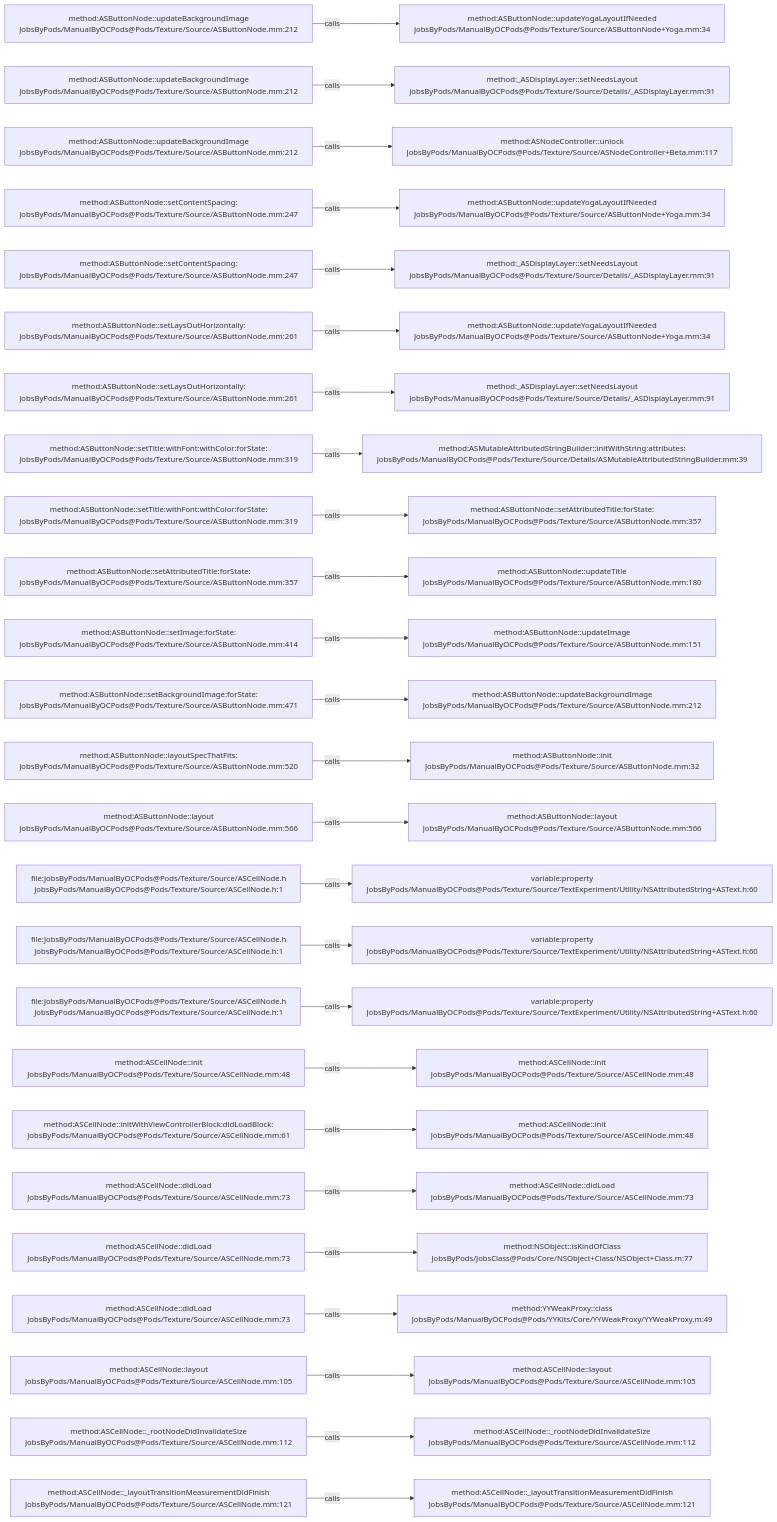
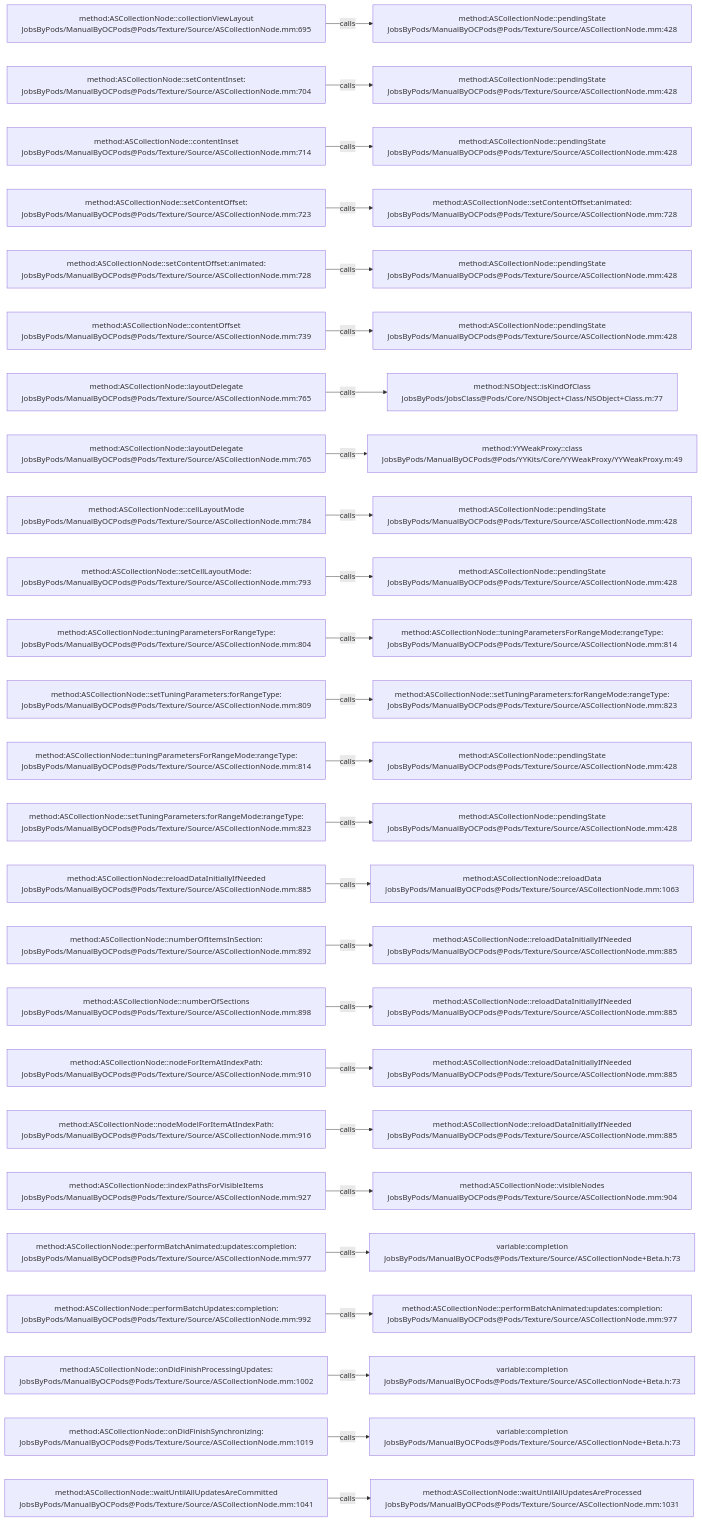
The diagram in .codegraph/codegraph.md/graphs/calls-080.md (JobsKits/JobsOCBaseConfigDemo), drawn with Mermaid before and after one commit. The commit also changed 1223 other files, not shown here.

````diff
--- a/.codegraph/codegraph.md/graphs/calls-080.md
+++ b/.codegraph/codegraph.md/graphs/calls-080.md
@@ -13,78 +13,78 @@
 ```mermaid
 flowchart LR
-  S1["method:ASButtonNode::updateBackgroundImage<br/>JobsByPods/ManualByOCPods@Pods/Texture/Source/ASButtonNode.mm:212"]
-  T1["method:ASButtonNode::updateYogaLayoutIfNeeded<br/>JobsByPods/ManualByOCPods@Pods/Texture/Source/ASButtonNode+Yoga.mm:34"]
+  S1["method:ASCollectionNode::collectionViewLayout<br/>JobsByPods/ManualByOCPods@Pods/Texture/Source/ASCollectionNode.mm:695"]
+  T1["method:ASCollectionNode::pendingState<br/>JobsByPods/ManualByOCPods@Pods/Texture/Source/ASCollectionNode.mm:428"]
   S1 -->|calls| T1
-  S2["method:ASButtonNode::updateBackgroundImage<br/>JobsByPods/ManualByOCPods@Pods/Texture/Source/ASButtonNode.mm:212"]
-  T2["method:_ASDisplayLayer::setNeedsLayout<br/>JobsByPods/ManualByOCPods@Pods/Texture/Source/Details/_ASDisplayLayer.mm:91"]
+  S2["method:ASCollectionNode::setContentInset:<br/>JobsByPods/ManualByOCPods@Pods/Texture/Source/ASCollectionNode.mm:704"]
+  T2["method:ASCollectionNode::pendingState<br/>JobsByPods/ManualByOCPods@Pods/Texture/Source/ASCollectionNode.mm:428"]
   S2 -->|calls| T2
-  S3["method:ASButtonNode::updateBackgroundImage<br/>JobsByPods/ManualByOCPods@Pods/Texture/Source/ASButtonNode.mm:212"]
-  T3["method:ASNodeController::unlock<br/>JobsByPods/ManualByOCPods@Pods/Texture/Source/ASNodeController+Beta.mm:117"]
+  S3["method:ASCollectionNode::contentInset<br/>JobsByPods/ManualByOCPods@Pods/Texture/Source/ASCollectionNode.mm:714"]
+  T3["method:ASCollectionNode::pendingState<br/>JobsByPods/ManualByOCPods@Pods/Texture/Source/ASCollectionNode.mm:428"]
   S3 -->|calls| T3
-  S4["method:ASButtonNode::setContentSpacing:<br/>JobsByPods/ManualByOCPods@Pods/Texture/Source/ASButtonNode.mm:247"]
-  T4["method:ASButtonNode::updateYogaLayoutIfNeeded<br/>JobsByPods/ManualByOCPods@Pods/Texture/Source/ASButtonNode+Yoga.mm:34"]
+  S4["method:ASCollectionNode::setContentOffset:<br/>JobsByPods/ManualByOCPods@Pods/Texture/Source/ASCollectionNode.mm:723"]
+  T4["method:ASCollectionNode::setContentOffset:animated:<br/>JobsByPods/ManualByOCPods@Pods/Texture/Source/ASCollectionNode.mm:728"]
   S4 -->|calls| T4
-  S5["method:ASButtonNode::setContentSpacing:<br/>JobsByPods/ManualByOCPods@Pods/Texture/Source/ASButtonNode.mm:247"]
-  T5["method:_ASDisplayLayer::setNeedsLayout<br/>JobsByPods/ManualByOCPods@Pods/Texture/Source/Details/_ASDisplayLayer.mm:91"]
+  S5["method:ASCollectionNode::setContentOffset:animated:<br/>JobsByPods/ManualByOCPods@Pods/Texture/Source/ASCollectionNode.mm:728"]
+  T5["method:ASCollectionNode::pendingState<br/>JobsByPods/ManualByOCPods@Pods/Texture/Source/ASCollectionNode.mm:428"]
   S5 -->|calls| T5
-  S6["method:ASButtonNode::setLaysOutHorizontally:<br/>JobsByPods/ManualByOCPods@Pods/Texture/Source/ASButtonNode.mm:261"]
-  T6["method:ASButtonNode::updateYogaLayoutIfNeeded<br/>JobsByPods/ManualByOCPods@Pods/Texture/Source/ASButtonNode+Yoga.mm:34"]
+  S6["method:ASCollectionNode::contentOffset<br/>JobsByPods/ManualByOCPods@Pods/Texture/Source/ASCollectionNode.mm:739"]
+  T6["method:ASCollectionNode::pendingState<br/>JobsByPods/ManualByOCPods@Pods/Texture/Source/ASCollectionNode.mm:428"]
   S6 -->|calls| T6
-  S7["method:ASButtonNode::setLaysOutHorizontally:<br/>JobsByPods/ManualByOCPods@Pods/Texture/Source/ASButtonNode.mm:261"]
-  T7["method:_ASDisplayLayer::setNeedsLayout<br/>JobsByPods/ManualByOCPods@Pods/Texture/Source/Details/_ASDisplayLayer.mm:91"]
+  S7["method:ASCollectionNode::layoutDelegate<br/>JobsByPods/ManualByOCPods@Pods/Texture/Source/ASCollectionNode.mm:765"]
+  T7["method:NSObject::isKindOfClass<br/>JobsByPods/JobsClass@Pods/Core/NSObject+Class/NSObject+Class.m:77"]
   S7 -->|calls| T7
-  S8["method:ASButtonNode::setTitle:withFont:withColor:forState:<br/>JobsByPods/ManualByOCPods@Pods/Texture/Source/ASButtonNode.mm:319"]
-  T8["method:ASMutableAttributedStringBuilder::initWithString:attributes:<br/>JobsByPods/ManualByOCPods@Pods/Texture/Source/Details/ASMutableAttributedStringBuilder.mm:39"]
+  S8["method:ASCollectionNode::layoutDelegate<br/>JobsByPods/ManualByOCPods@Pods/Texture/Source/ASCollectionNode.mm:765"]
+  T8["method:YYWeakProxy::class<br/>JobsByPods/ManualByOCPods@Pods/YYKits/Core/YYWeakProxy/YYWeakProxy.m:49"]
   S8 -->|calls| T8
-  S9["method:ASButtonNode::setTitle:withFont:withColor:forState:<br/>JobsByPods/ManualByOCPods@Pods/Texture/Source/ASButtonNode.mm:319"]
-  T9["method:ASButtonNode::setAttributedTitle:forState:<br/>JobsByPods/ManualByOCPods@Pods/Texture/Source/ASButtonNode.mm:357"]
+  S9["method:ASCollectionNode::cellLayoutMode<br/>JobsByPods/ManualByOCPods@Pods/Texture/Source/ASCollectionNode.mm:784"]
+  T9["method:ASCollectionNode::pendingState<br/>JobsByPods/ManualByOCPods@Pods/Texture/Source/ASCollectionNode.mm:428"]
   S9 -->|calls| T9
-  S10["method:ASButtonNode::setAttributedTitle:forState:<br/>JobsByPods/ManualByOCPods@Pods/Texture/Source/ASButtonNode.mm:357"]
-  T10["method:ASButtonNode::updateTitle<br/>JobsByPods/ManualByOCPods@Pods/Texture/Source/ASButtonNode.mm:180"]
+  S10["method:ASCollectionNode::setCellLayoutMode:<br/>JobsByPods/ManualByOCPods@Pods/Texture/Source/ASCollectionNode.mm:793"]
+  T10["method:ASCollectionNode::pendingState<br/>JobsByPods/ManualByOCPods@Pods/Texture/Source/ASCollectionNode.mm:428"]
   S10 -->|calls| T10
-  S11["method:ASButtonNode::setImage:forState:<br/>JobsByPods/ManualByOCPods@Pods/Texture/Source/ASButtonNode.mm:414"]
-  T11["method:ASButtonNode::updateImage<br/>JobsByPods/ManualByOCPods@Pods/Texture/Source/ASButtonNode.mm:151"]
+  S11["method:ASCollectionNode::tuningParametersForRangeType:<br/>JobsByPods/ManualByOCPods@Pods/Texture/Source/ASCollectionNode.mm:804"]
+  T11["method:ASCollectionNode::tuningParametersForRangeMode:rangeType:<br/>JobsByPods/ManualByOCPods@Pods/Texture/Source/ASCollectionNode.mm:814"]
   S11 -->|calls| T11
-  S12["method:ASButtonNode::setBackgroundImage:forState:<br/>JobsByPods/ManualByOCPods@Pods/Texture/Source/ASButtonNode.mm:471"]
-  T12["method:ASButtonNode::updateBackgroundImage<br/>JobsByPods/ManualByOCPods@Pods/Texture/Source/ASButtonNode.mm:212"]
+  S12["method:ASCollectionNode::setTuningParameters:forRangeType:<br/>JobsByPods/ManualByOCPods@Pods/Texture/Source/ASCollectionNode.mm:809"]
+  T12["method:ASCollectionNode::setTuningParameters:forRangeMode:rangeType:<br/>JobsByPods/ManualByOCPods@Pods/Texture/Source/ASCollectionNode.mm:823"]
   S12 -->|calls| T12
-  S13["method:ASButtonNode::layoutSpecThatFits:<br/>JobsByPods/ManualByOCPods@Pods/Texture/Source/ASButtonNode.mm:520"]
-  T13["method:ASButtonNode::init<br/>JobsByPods/ManualByOCPods@Pods/Texture/Source/ASButtonNode.mm:32"]
+  S13["method:ASCollectionNode::tuningParametersForRangeMode:rangeType:<br/>JobsByPods/ManualByOCPods@Pods/Texture/Source/ASCollectionNode.mm:814"]
+  T13["method:ASCollectionNode::pendingState<br/>JobsByPods/ManualByOCPods@Pods/Texture/Source/ASCollectionNode.mm:428"]
   S13 -->|calls| T13
-  S14["method:ASButtonNode::layout<br/>JobsByPods/ManualByOCPods@Pods/Texture/Source/ASButtonNode.mm:566"]
-  T14["method:ASButtonNode::layout<br/>JobsByPods/ManualByOCPods@Pods/Texture/Source/ASButtonNode.mm:566"]
+  S14["method:ASCollectionNode::setTuningParameters:forRangeMode:rangeType:<br/>JobsByPods/ManualByOCPods@Pods/Texture/Source/ASCollectionNode.mm:823"]
+  T14["method:ASCollectionNode::pendingState<br/>JobsByPods/ManualByOCPods@Pods/Texture/Source/ASCollectionNode.mm:428"]
   S14 -->|calls| T14
-  S15["file:JobsByPods/ManualByOCPods@Pods/Texture/Source/ASCellNode.h<br/>JobsByPods/ManualByOCPods@Pods/Texture/Source/ASCellNode.h:1"]
-  T15["variable:property<br/>JobsByPods/ManualByOCPods@Pods/Texture/Source/TextExperiment/Utility/NSAttributedString+ASText.h:60"]
+  S15["method:ASCollectionNode::reloadDataInitiallyIfNeeded<br/>JobsByPods/ManualByOCPods@Pods/Texture/Source/ASCollectionNode.mm:885"]
+  T15["method:ASCollectionNode::reloadData<br/>JobsByPods/ManualByOCPods@Pods/Texture/Source/ASCollectionNode.mm:1063"]
   S15 -->|calls| T15
-  S16["file:JobsByPods/ManualByOCPods@Pods/Texture/Source/ASCellNode.h<br/>JobsByPods/ManualByOCPods@Pods/Texture/Source/ASCellNode.h:1"]
-  T16["variable:property<br/>JobsByPods/ManualByOCPods@Pods/Texture/Source/TextExperiment/Utility/NSAttributedString+ASText.h:60"]
+  S16["method:ASCollectionNode::numberOfItemsInSection:<br/>JobsByPods/ManualByOCPods@Pods/Texture/Source/ASCollectionNode.mm:892"]
+  T16["method:ASCollectionNode::reloadDataInitiallyIfNeeded<br/>JobsByPods/ManualByOCPods@Pods/Texture/Source/ASCollectionNode.mm:885"]
   S16 -->|calls| T16
-  S17["file:JobsByPods/ManualByOCPods@Pods/Texture/Source/ASCellNode.h<br/>JobsByPods/ManualByOCPods@Pods/Texture/Source/ASCellNode.h:1"]
-  T17["variable:property<br/>JobsByPods/ManualByOCPods@Pods/Texture/Source/TextExperiment/Utility/NSAttributedString+ASText.h:60"]
+  S17["method:ASCollectionNode::numberOfSections<br/>JobsByPods/ManualByOCPods@Pods/Texture/Source/ASCollectionNode.mm:898"]
+  T17["method:ASCollectionNode::reloadDataInitiallyIfNeeded<br/>JobsByPods/ManualByOCPods@Pods/Texture/Source/ASCollectionNode.mm:885"]
   S17 -->|calls| T17
-  S18["method:ASCellNode::init<br/>JobsByPods/ManualByOCPods@Pods/Texture/Source/ASCellNode.mm:48"]
-  T18["method:ASCellNode::init<br/>JobsByPods/ManualByOCPods@Pods/Texture/Source/ASCellNode.mm:48"]
+  S18["method:ASCollectionNode::nodeForItemAtIndexPath:<br/>JobsByPods/ManualByOCPods@Pods/Texture/Source/ASCollectionNode.mm:910"]
+  T18["method:ASCollectionNode::reloadDataInitiallyIfNeeded<br/>JobsByPods/ManualByOCPods@Pods/Texture/Source/ASCollectionNode.mm:885"]
   S18 -->|calls| T18
-  S19["method:ASCellNode::initWithViewControllerBlock:didLoadBlock:<br/>JobsByPods/ManualByOCPods@Pods/Texture/Source/ASCellNode.mm:61"]
-  T19["method:ASCellNode::init<br/>JobsByPods/ManualByOCPods@Pods/Texture/Source/ASCellNode.mm:48"]
+  S19["method:ASCollectionNode::nodeModelForItemAtIndexPath:<br/>JobsByPods/ManualByOCPods@Pods/Texture/Source/ASCollectionNode.mm:916"]
+  T19["method:ASCollectionNode::reloadDataInitiallyIfNeeded<br/>JobsByPods/ManualByOCPods@Pods/Texture/Source/ASCollectionNode.mm:885"]
   S19 -->|calls| T19
-  S20["method:ASCellNode::didLoad<br/>JobsByPods/ManualByOCPods@Pods/Texture/Source/ASCellNode.mm:73"]
-  T20["method:ASCellNode::didLoad<br/>JobsByPods/ManualByOCPods@Pods/Texture/Source/ASCellNode.mm:73"]
+  S20["method:ASCollectionNode::indexPathsForVisibleItems<br/>JobsByPods/ManualByOCPods@Pods/Texture/Source/ASCollectionNode.mm:927"]
+  T20["method:ASCollectionNode::visibleNodes<br/>JobsByPods/ManualByOCPods@Pods/Texture/Source/ASCollectionNode.mm:904"]
   S20 -->|calls| T20
-  S21["method:ASCellNode::didLoad<br/>JobsByPods/ManualByOCPods@Pods/Texture/Source/ASCellNode.mm:73"]
-  T21["method:NSObject::isKindOfClass<br/>JobsByPods/JobsClass@Pods/Core/NSObject+Class/NSObject+Class.m:77"]
+  S21["method:ASCollectionNode::performBatchAnimated:updates:completion:<br/>JobsByPods/ManualByOCPods@Pods/Texture/Source/ASCollectionNode.mm:977"]
+  T21["variable:completion<br/>JobsByPods/ManualByOCPods@Pods/Texture/Source/ASCollectionNode+Beta.h:73"]
   S21 -->|calls| T21
-  S22["method:ASCellNode::didLoad<br/>JobsByPods/ManualByOCPods@Pods/Texture/Source/ASCellNode.mm:73"]
-  T22["method:YYWeakProxy::class<br/>JobsByPods/ManualByOCPods@Pods/YYKits/Core/YYWeakProxy/YYWeakProxy.m:49"]
+  S22["method:ASCollectionNode::performBatchUpdates:completion:<br/>JobsByPods/ManualByOCPods@Pods/Texture/Source/ASCollectionNode.mm:992"]
+  T22["method:ASCollectionNode::performBatchAnimated:updates:completion:<br/>JobsByPods/ManualByOCPods@Pods/Texture/Source/ASCollectionNode.mm:977"]
   S22 -->|calls| T22
-  S23["method:ASCellNode::layout<br/>JobsByPods/ManualByOCPods@Pods/Texture/Source/ASCellNode.mm:105"]
-  T23["method:ASCellNode::layout<br/>JobsByPods/ManualByOCPods@Pods/Texture/Source/ASCellNode.mm:105"]
+  S23["method:ASCollectionNode::onDidFinishProcessingUpdates:<br/>JobsByPods/ManualByOCPods@Pods/Texture/Source/ASCollectionNode.mm:1002"]
+  T23["variable:completion<br/>JobsByPods/ManualByOCPods@Pods/Texture/Source/ASCollectionNode+Beta.h:73"]
   S23 -->|calls| T23
-  S24["method:ASCellNode::_rootNodeDidInvalidateSize<br/>JobsByPods/ManualByOCPods@Pods/Texture/Source/ASCellNode.mm:112"]
-  T24["method:ASCellNode::_rootNodeDidInvalidateSize<br/>JobsByPods/ManualByOCPods@Pods/Texture/Source/ASCellNode.mm:112"]
+  S24["method:ASCollectionNode::onDidFinishSynchronizing:<br/>JobsByPods/ManualByOCPods@Pods/Texture/Source/ASCollectionNode.mm:1019"]
+  T24["variable:completion<br/>JobsByPods/ManualByOCPods@Pods/Texture/Source/ASCollectionNode+Beta.h:73"]
   S24 -->|calls| T24
-  S25["method:ASCellNode::_layoutTransitionMeasurementDidFinish<br/>JobsByPods/ManualByOCPods@Pods/Texture/Source/ASCellNode.mm:121"]
-  T25["method:ASCellNode::_layoutTransitionMeasurementDidFinish<br/>JobsByPods/ManualByOCPods@Pods/Texture/Source/ASCellNode.mm:121"]
+  S25["method:ASCollectionNode::waitUntilAllUpdatesAreCommitted<br/>JobsByPods/ManualByOCPods@Pods/Texture/Source/ASCollectionNode.mm:1041"]
+  T25["method:ASCollectionNode::waitUntilAllUpdatesAreProcessed<br/>JobsByPods/ManualByOCPods@Pods/Texture/Source/ASCollectionNode.mm:1031"]
   S25 -->|calls| T25
 ```
````
